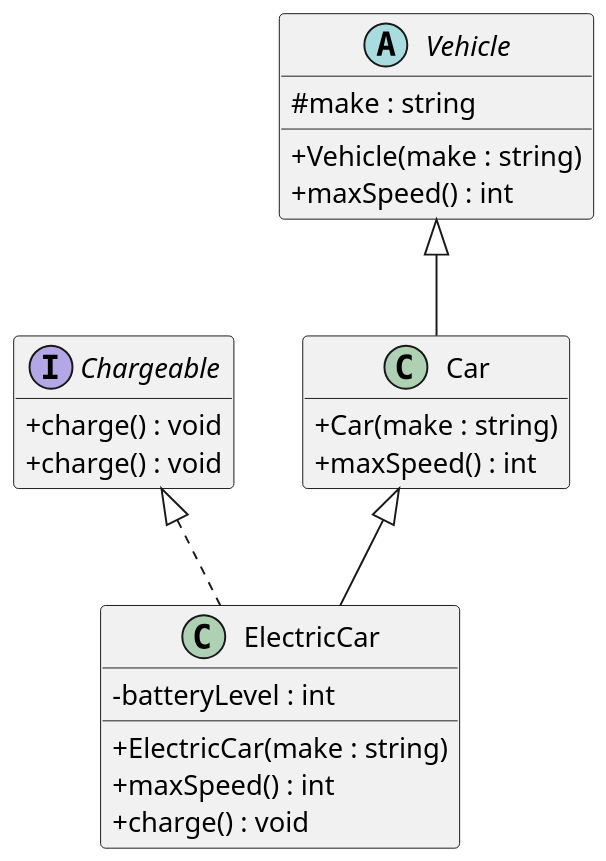
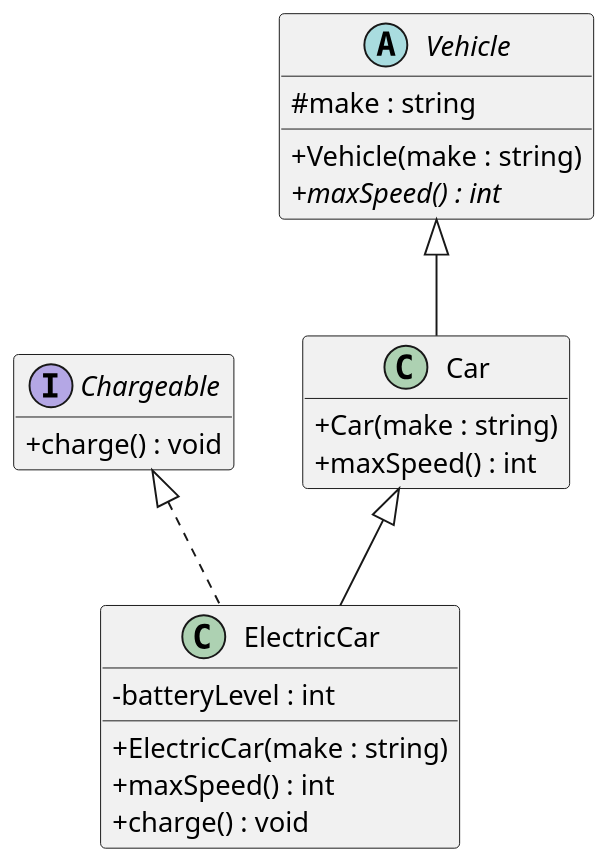
Before and after one commit to adreerojo/207-course-notes: the diagram in plantuml/exercises/vehicles-uml-starter.puml, drawn with PlantUML.

```diff
--- a/plantuml/exercises/vehicles-uml-starter.puml
+++ b/plantuml/exercises/vehicles-uml-starter.puml
@@ -1,55 +1,51 @@
 @startuml
 skinparam dpi 150
 skinparam classAttributeIconSize 0
 hide empty members
 
 ' Your task (Chapter 3, Question 2): draw the UML class diagram for the
 ' Vehicle / Car / ElectricCar / Chargeable code.
 '
 ' Define each type as a box, then connect them with the right arrows. One box
 ' (Chargeable) is filled in as an example — complete the other three and add the
 ' relationships.
 '
 ' PlantUML cheat-sheet:
 '   interface Name { + method() : Type }
 '   abstract class Name { # field : Type }
 '   class Name { - field : Type }
 '   Parent    <|-- Child    ' generalization: Child extends Parent
 '   Interface <|.. Class    ' realization:    Class implements Interface
 ' (Putting the parent/interface on the LEFT of the arrow keeps it on top.)
 
 interface Chargeable {
   + charge() : void
 }
 
 ' TODO: add "abstract class Vehicle", "class Car", and "class ElectricCar"
 '       (with their fields and methods), then add the arrows between all four
 '       types.
 
 abstract class Vehicle {
     # make : string
     + Vehicle(make : string)
-    + maxSpeed() : int
-}
-
-interface Chargeable {
-    + charge() : void
+    + {abstract}maxSpeed() : int
 }
 
 class Car {
     + Car(make : string)
     + maxSpeed() : int
 }
 
 class ElectricCar {
     - batteryLevel : int
     + ElectricCar(make : string)
     + maxSpeed() : int
     + charge() : void
 }
 
 Vehicle <|-- Car
 Car <|-- ElectricCar
 Chargeable <|.. ElectricCar
 
 @enduml
```
